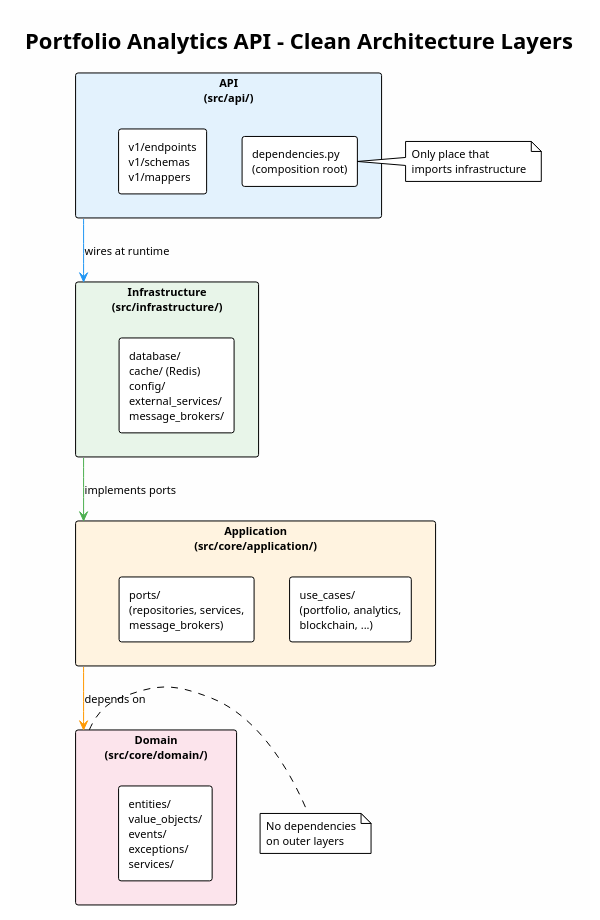
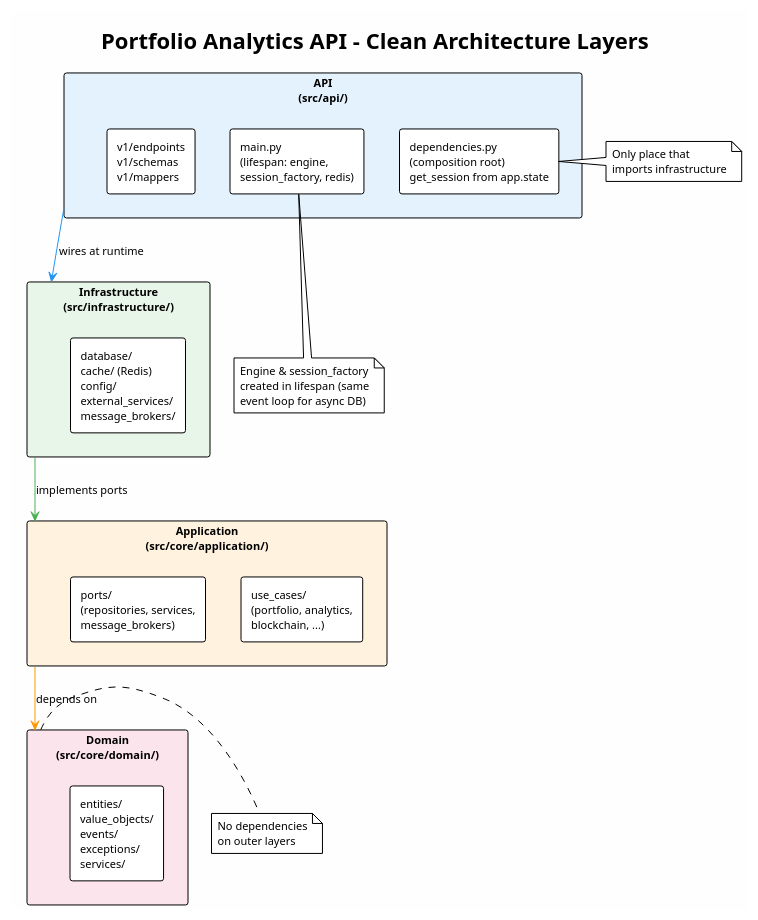
One commit to felixzhu97/finpulse changed the diagram in docs/en/c4/clean-architecture-portfolio-api.puml. Above: the diagram before and after it, drawn with PlantUML. The commit also changed 73 other files, not shown here.

```diff
--- a/docs/en/c4/clean-architecture-portfolio-api.puml
+++ b/docs/en/c4/clean-architecture-portfolio-api.puml
@@ -1,40 +1,47 @@
 @startuml clean-architecture-portfolio-api
 !theme plain
 skinparam backgroundColor #FEFEFE
 skinparam defaultFontSize 11
 
 title Portfolio Analytics API - Clean Architecture Layers
 
 rectangle "**API**\n(src/api/)" as API #E3F2FD {
-  rectangle "dependencies.py\n(composition root)" as DI
+  rectangle "main.py\n(lifespan: engine,\nsession_factory, redis)" as LIFESPAN
+  rectangle "dependencies.py\n(composition root)\nget_session from app.state" as DI
   rectangle "v1/endpoints\nv1/schemas\nv1/mappers" as WEB
 }
 
 rectangle "**Infrastructure**\n(src/infrastructure/)" as INFRA #E8F5E9 {
   rectangle "database/\ncache/ (Redis)\nconfig/\nexternal_services/\nmessage_brokers/" as INFRA_IMPL
 }
 
 rectangle "**Application**\n(src/core/application/)" as APP #FFF3E0 {
   rectangle "use_cases/\n(portfolio, analytics,\nblockchain, ...)" as UC
   rectangle "ports/\n(repositories, services,\nmessage_brokers)" as PORTS
 }
 
 rectangle "**Domain**\n(src/core/domain/)" as DOMAIN #FCE4EC {
   rectangle "entities/\nvalue_objects/\nevents/\nexceptions/\nservices/" as DOMAIN_IMPL
 }
 
 API -[#2196F3]-> INFRA : wires at runtime
 INFRA -[#4CAF50]-> APP : implements ports
 APP -[#FF9800]-> DOMAIN : depends on
 
 note right of DOMAIN
   No dependencies
   on outer layers
 end note
 
 note right of DI
   Only place that
   imports infrastructure
 end note
 
+note bottom of LIFESPAN
+  Engine & session_factory
+  created in lifespan (same
+  event loop for async DB)
+end note
+
 @enduml
```
